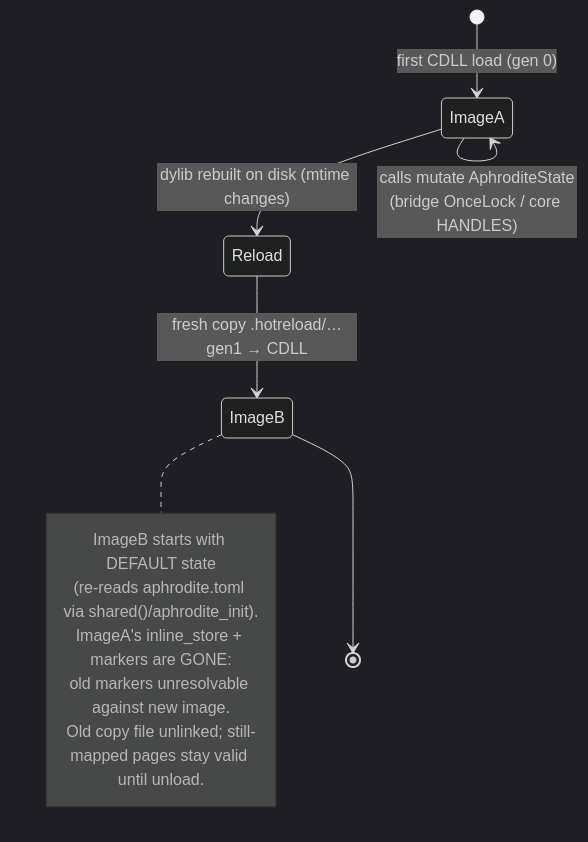
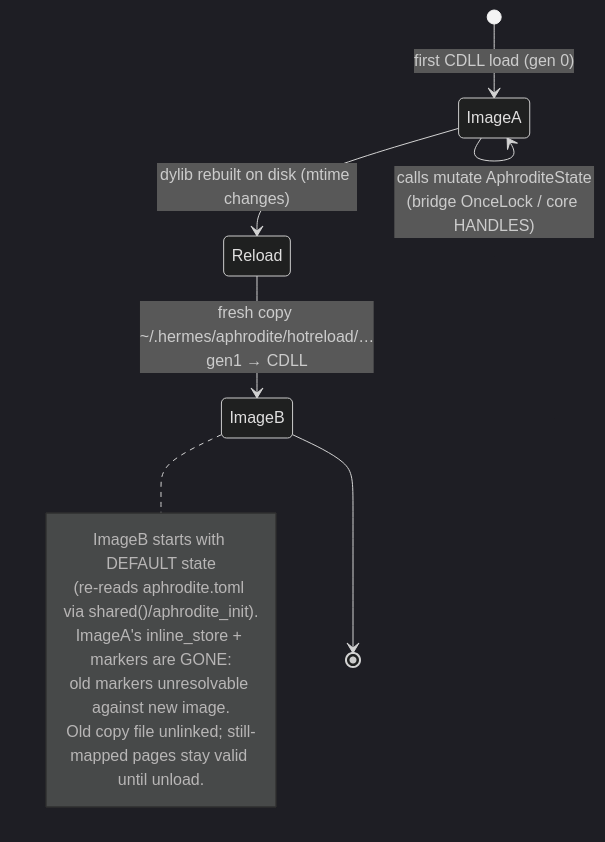
The second of 2 diagrams in .hermes/uml/08-dylib-hotreload.md (PlayForm/Aphrodite), drawn with Mermaid (dark theme) before and after one commit. The commit also changed other lines of this file and 20 other files, not shown here.

````diff
--- a/.hermes/uml/08-dylib-hotreload.md
+++ b/.hermes/uml/08-dylib-hotreload.md
@@ -35,15 +65,15 @@
 ```mermaid
 stateDiagram-v2
     [*] --> ImageA: first CDLL load (gen 0)
     ImageA --> ImageA: calls mutate AphroditeState<br/>(bridge OnceLock / core HANDLES)
     ImageA --> Reload: dylib rebuilt on disk (mtime changes)
-    Reload --> ImageB: fresh copy .hotreload/…gen1 → CDLL
+    Reload --> ImageB: fresh copy ~/.hermes/aphrodite/hotreload/…gen1 → CDLL
     note right of ImageB
       ImageB starts with DEFAULT state
       (re-reads aphrodite.toml via shared()/aphrodite_init).
       ImageA's inline_store + markers are GONE:
       old markers unresolvable against new image.
       Old copy file unlinked; still-mapped pages stay valid until unload.
     end note
     ImageB --> [*]
 ```
````
